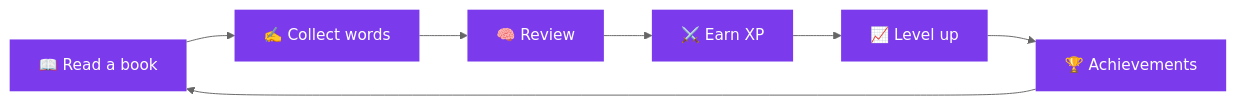
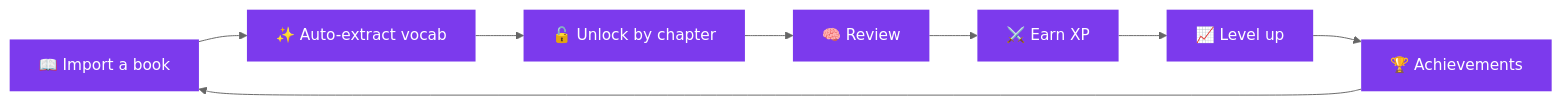
One commit to sandeepdanda/readloot changed the first of 3 diagrams in README.md. Above: the diagram before and after it, drawn with Mermaid (neutral theme). The commit also changed other lines of this file, not shown here.

Commit message:
docs: update README for auto-vocab, chapter unlocking, rarity & evolution

````diff
--- a/README.md
+++ b/README.md
@@ -20,16 +20,18 @@
 ```mermaid
 graph LR
-    A["📖 Read a book"] --> B["✍️ Collect words"]
+    A["📖 Import a book"] --> G["✨ Auto-extract vocab"]
+    G --> B["🔓 Unlock by chapter"]
     B --> C["🧠 Review"]
     C --> D["⚔️ Earn XP"]
     D --> E["📈 Level up"]
     E --> F["🏆 Achievements"]
     F --> A
 
     style A fill:#7c3aed,color:#fff,stroke:none
     style B fill:#7c3aed,color:#fff,stroke:none
     style C fill:#7c3aed,color:#fff,stroke:none
     style D fill:#7c3aed,color:#fff,stroke:none
+    style G fill:#7c3aed,color:#fff,stroke:none
     style E fill:#7c3aed,color:#fff,stroke:none
     style F fill:#7c3aed,color:#fff,stroke:none
 ```
````
